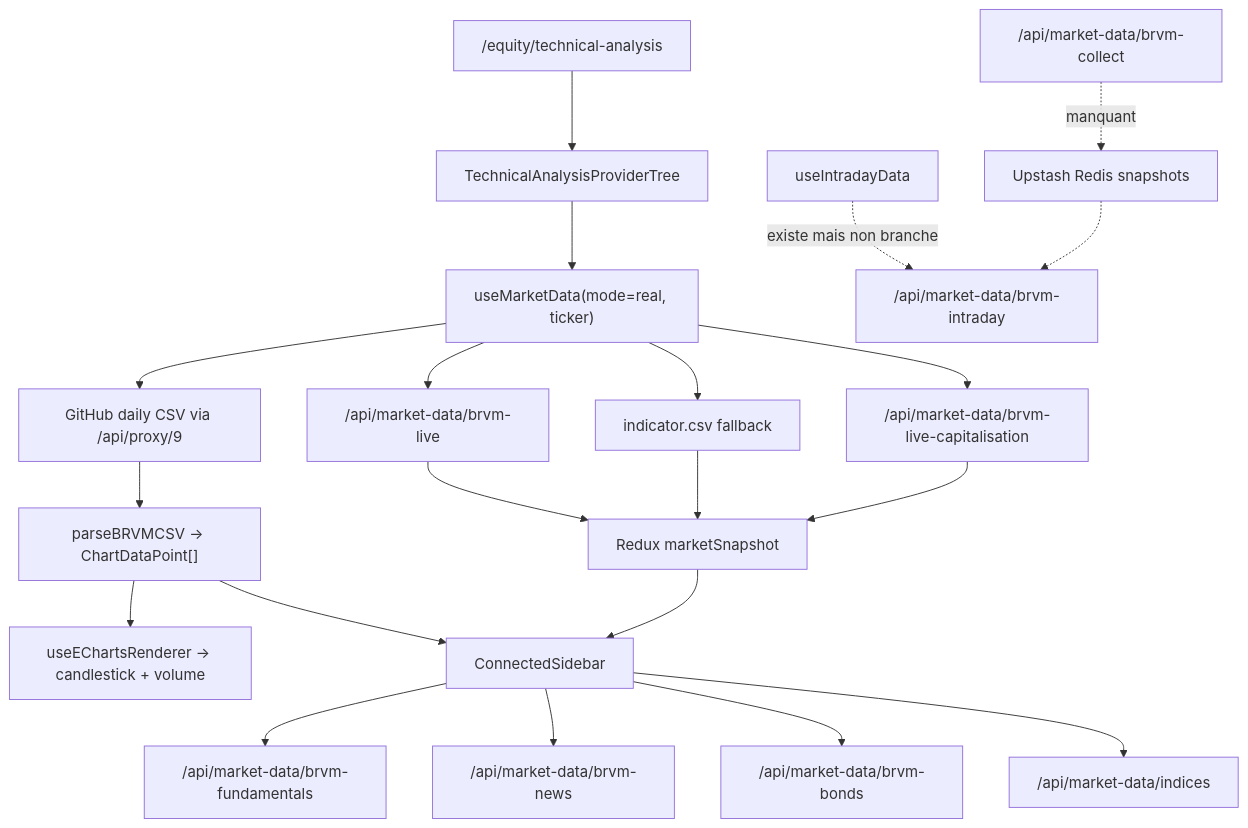
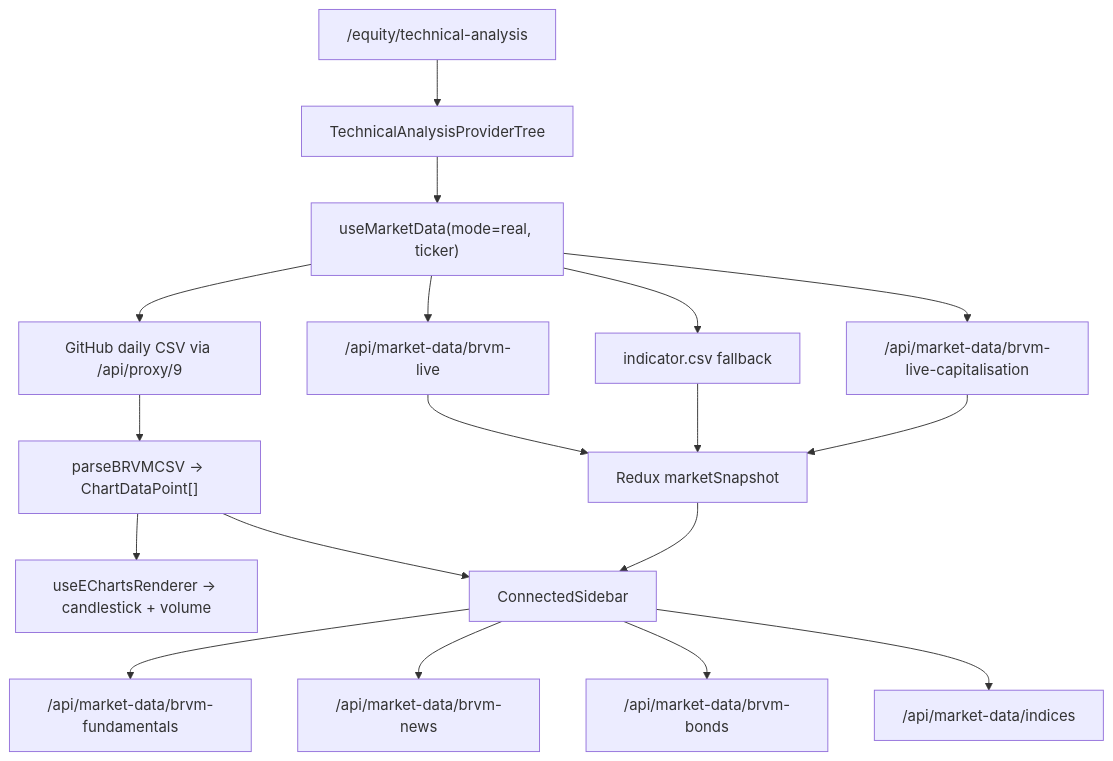
Before and after one commit to Finform-Conseil/algowebsite: the diagram in components/technical-analysis/hooks/MarketData/MarketDataArchitecture.md, drawn with Mermaid. The commit also changed other lines of this file and 502 other files, not shown here.

````diff
--- a/components/technical-analysis/hooks/MarketData/MarketDataArchitecture.md
+++ b/components/technical-analysis/hooks/MarketData/MarketDataArchitecture.md
@@ -473,23 +374,20 @@
 ```mermaid
 graph TD
   PAGE["/equity/technical-analysis"] --> PROVIDERS["TechnicalAnalysisProviderTree"]
   PROVIDERS --> MARKET["useMarketData(mode=real, ticker)"]
   MARKET --> DAILY["GitHub daily CSV via /api/proxy/9"]
   DAILY --> PARSE["parseBRVMCSV -> ChartDataPoint[]"]
   PARSE --> ECHARTS["useEChartsRenderer -> candlestick + volume"]
   MARKET --> LIVE["/api/market-data/brvm-live"]
   LIVE --> SNAPSHOT["Redux marketSnapshot"]
   MARKET --> INDICATOR["indicator.csv fallback"]
   INDICATOR --> SNAPSHOT
   MARKET --> CAP["/api/market-data/brvm-live-capitalisation"]
   CAP --> SNAPSHOT
   SNAPSHOT --> SIDEBAR["ConnectedSidebar"]
   PARSE --> SIDEBAR
   SIDEBAR --> FUND["/api/market-data/brvm-fundamentals"]
   SIDEBAR --> NEWS["/api/market-data/brvm-news"]
   SIDEBAR --> BONDS["/api/market-data/brvm-bonds"]
   SIDEBAR --> INDICES["/api/market-data/indices"]
-  INTRA_HOOK["useIntradayData"] -. "existe mais non branche" .-> INTRA_API["/api/market-data/brvm-intraday"]
-  COLLECT["/api/market-data/brvm-collect"] -. "manquant" .-> REDIS["Upstash Redis snapshots"]
-  REDIS -.-> INTRA_API
 ```
````
